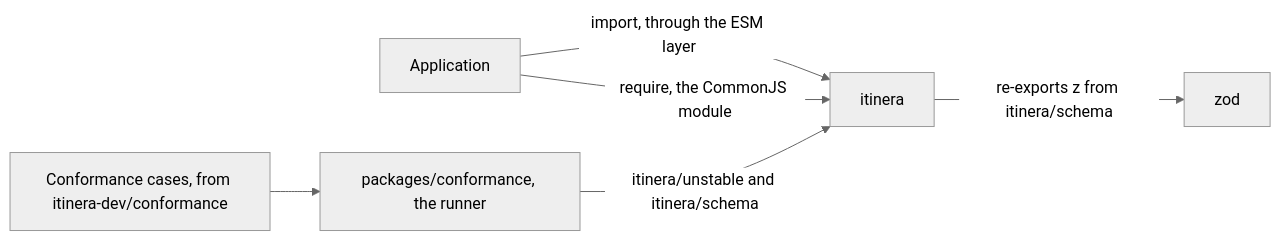
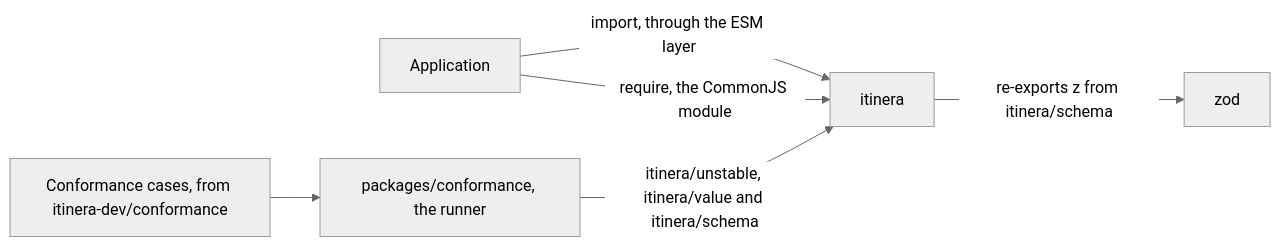
Before and after one commit to itinera-dev/itinera-ts: the first of 8 diagrams in docs/architecture.md, drawn with Mermaid (neutral theme). The commit also changed other lines of this file and 48 other files, not shown here.

First line of the commit message:
feat(value): export values and the type tokens from itinera/value

````diff
--- a/docs/architecture.md
+++ b/docs/architecture.md
@@ -13,10 +13,10 @@
 ```mermaid
 flowchart LR
     accTitle: The packages of itinera-ts
-    accDescr: Applications depend on the package itinera and import each concept from a subpath, through an ESM layer or the CommonJS module behind it. The conformance runner, a package of the workspace that is never published, depends on itinera through itinera/unstable, and itinera/schema for Zod, and reads the conformance cases. itinera depends on Zod, which it re-exports from itinera/schema.
+    accDescr: Applications depend on the package itinera and import each concept from a subpath, through an ESM layer or the CommonJS module behind it. The conformance runner, a package of the workspace that is never published, depends on itinera through itinera/unstable, itinera/value, and itinera/schema for Zod, and reads the conformance cases. itinera depends on Zod, which it re-exports from itinera/schema.
     app["Application"] -->|"import, through the ESM layer"| itinera["itinera"]
     app -->|"require, the CommonJS module"| itinera
-    runner["packages/conformance, the runner"] -->|"itinera/unstable and itinera/schema"| itinera
+    runner["packages/conformance, the runner"] -->|"itinera/unstable, itinera/value and itinera/schema"| itinera
     cases["Conformance cases, from itinera-dev/conformance"] --> runner
     itinera -->|"re-exports z from itinera/schema"| zod["zod"]
 ```
````
